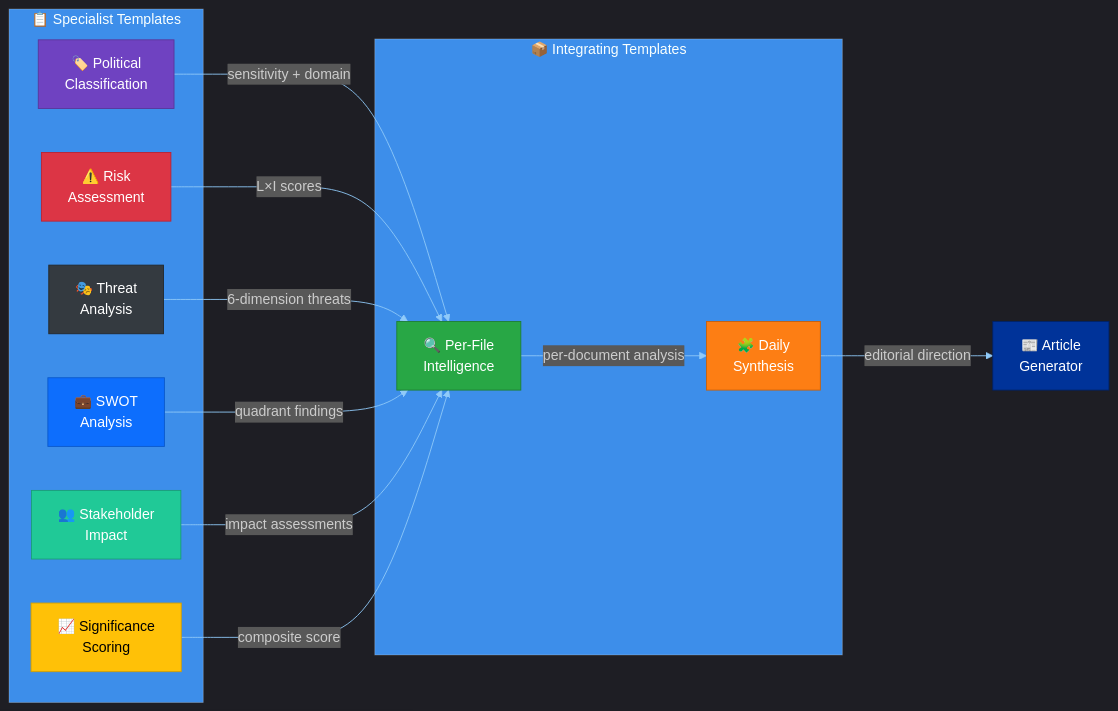
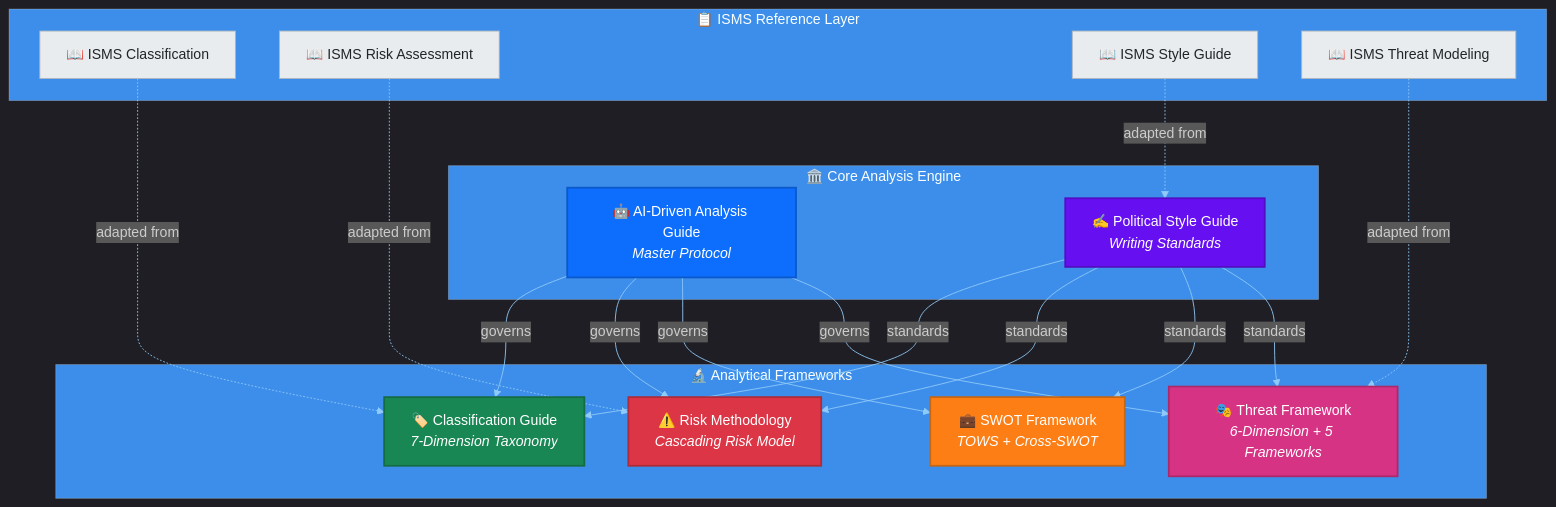
One commit to Hack23/euparliamentmonitor changed the second of 12 diagrams in docs/api/media/README-9.md. Above: the diagram before and after it, drawn with Mermaid. The commit also changed other lines of this file and 1239 other files, not shown here.

````diff
--- a/docs/api/media/README-9.md
+++ b/docs/api/media/README-9.md
@@ -240,37 +106,46 @@
 ```mermaid
 %%{init: {"theme":"dark","themeVariables":{"primaryColor":"#1565C0","primaryTextColor":"#ffffff","primaryBorderColor":"#0A3F7F","lineColor":"#90CAF9","secondaryColor":"#2E7D32","secondaryTextColor":"#ffffff","secondaryBorderColor":"#0F3F00","tertiaryColor":"#FF9800","tertiaryTextColor":"#000000","tertiaryBorderColor":"#7F4F00","mainBkg":"#1565C0","secondBkg":"#2E7D32","tertiaryBkg":"#FF9800","noteBkgColor":"#FFC107","noteTextColor":"#000000","noteBorderColor":"#7F6000","errorBkgColor":"#D32F2F","errorTextColor":"#ffffff","fontFamily":"Inter, Helvetica, Arial, sans-serif","pie1":"#1565C0","pie2":"#2E7D32","pie3":"#FF9800","pie4":"#D32F2F","pie5":"#FFC107","pie6":"#7B1FA2","pie7":"#9E9E9E","pie8":"#0288D1","pie9":"#388E3C","pie10":"#F57C00","pie11":"#C62828","pie12":"#FBC02D","pieTitleTextSize":"18px","pieSectionTextSize":"14px","pieLegendTextSize":"13px","pieStrokeColor":"#1e1e1e","pieOuterStrokeColor":"#1e1e1e","git0":"#1565C0","git1":"#2E7D32","git2":"#FF9800","git3":"#D32F2F","gitBranchLabel0":"#ffffff","gitBranchLabel1":"#ffffff","gitBranchLabel2":"#000000","gitBranchLabel3":"#ffffff","cScale0":"#1565C0","cScale1":"#2E7D32","cScale2":"#FF9800","cScale3":"#D32F2F","cScale4":"#FFC107","cScale5":"#7B1FA2","cScale6":"#9E9E9E","cScale7":"#0288D1","xyChart":{"backgroundColor":"#1e1e1e","plotColorPalette":"#1565C0,#2E7D32,#FF9800,#D32F2F,#FFC107,#7B1FA2,#9E9E9E"}}}}%%
-graph LR
-    subgraph "📋 Specialist Templates"
-        CLS["🏷️ Political<br/>Classification"]
-        RSK["⚠️ Risk<br/>Assessment"]
-        THR["🎭 Threat<br/>Analysis"]
-        SWT["💼 SWOT<br/>Analysis"]
-        STK["👥 Stakeholder<br/>Impact"]
-        SIG["📈 Significance<br/>Scoring"]
+graph TB
+    subgraph "🏛️ Core Analysis Engine"
+        GUIDE["🤖 AI-Driven Analysis Guide<br/><i>Master Protocol</i>"]
+        STYLE["✍️ Political Style Guide<br/><i>Writing Standards</i>"]
     end
 
-    subgraph "📦 Integrating Templates"
-        PFI["🔍 Per-File<br/>Intelligence"]
-        SYN["🧩 Daily<br/>Synthesis"]
+    subgraph "🔬 Analytical Frameworks"
+        CLASS["🏷️ Classification Guide<br/><i>7-Dimension Taxonomy</i>"]
+        RISK["⚠️ Risk Methodology<br/><i>Cascading Risk Model</i>"]
+        SWOT["💼 SWOT Framework<br/><i>TOWS + Cross-SWOT</i>"]
+        THREAT["🎭 Threat Framework<br/><i>6-Dimension + 5 Frameworks</i>"]
     end
 
-    CLS -->|"sensitivity + domain"| PFI
-    RSK -->|"L×I scores"| PFI
-    THR -->|"6-dimension threats"| PFI
-    SWT -->|"quadrant findings"| PFI
-    STK -->|"impact assessments"| PFI
-    SIG -->|"composite score"| PFI
+    subgraph "📋 ISMS Reference Layer"
+        ISMS1["📖 ISMS Classification"]
+        ISMS2["📖 ISMS Risk Assessment"]
+        ISMS3["📖 ISMS Style Guide"]
+        ISMS4["📖 ISMS Threat Modeling"]
+    end
 
-    PFI -->|"per-document analysis"| SYN
-    SYN -->|"editorial direction"| ART["📰 Article<br/>Generator"]
+    GUIDE -->|"governs"| CLASS
+    GUIDE -->|"governs"| RISK
+    GUIDE -->|"governs"| SWOT
+    GUIDE -->|"governs"| THREAT
+    STYLE -->|"standards"| CLASS
+    STYLE -->|"standards"| RISK
+    STYLE -->|"standards"| SWOT
+    STYLE -->|"standards"| THREAT
+    ISMS1 -.->|"adapted from"| CLASS
+    ISMS2 -.->|"adapted from"| RISK
+    ISMS3 -.->|"adapted from"| STYLE
+    ISMS4 -.->|"adapted from"| THREAT
 
-    style CLS fill:#6f42c1,color:#fff,stroke:#59359a
-    style RSK fill:#dc3545,color:#fff,stroke:#bd2130
-    style THR fill:#343a40,color:#fff,stroke:#23272b
-    style SWT fill:#0d6efd,color:#fff,stroke:#0a58ca
-    style STK fill:#20c997,color:#fff,stroke:#199d76
-    style SIG fill:#ffc107,color:#000,stroke:#d39e00
-    style PFI fill:#28a745,color:#fff,stroke:#1e7e34
-    style SYN fill:#fd7e14,color:#fff,stroke:#c96009
-    style ART fill:#003399,color:#fff,stroke:#002266
+    style GUIDE fill:#0d6efd,color:#fff,stroke:#0a58ca,stroke-width:2px
+    style STYLE fill:#6610f2,color:#fff,stroke:#520dc2,stroke-width:2px
+    style CLASS fill:#198754,color:#fff,stroke:#146c43,stroke-width:2px
+    style RISK fill:#dc3545,color:#fff,stroke:#b02a37,stroke-width:2px
+    style SWOT fill:#fd7e14,color:#fff,stroke:#ca6510,stroke-width:2px
+    style THREAT fill:#d63384,color:#fff,stroke:#ab296a,stroke-width:2px
+    style ISMS1 fill:#e9ecef,color:#212529,stroke:#adb5bd
+    style ISMS2 fill:#e9ecef,color:#212529,stroke:#adb5bd
+    style ISMS3 fill:#e9ecef,color:#212529,stroke:#adb5bd
+    style ISMS4 fill:#e9ecef,color:#212529,stroke:#adb5bd
 ```
````
